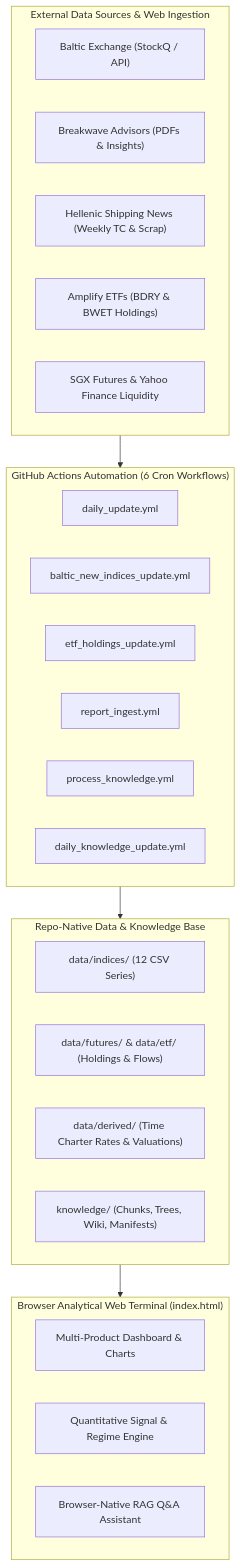
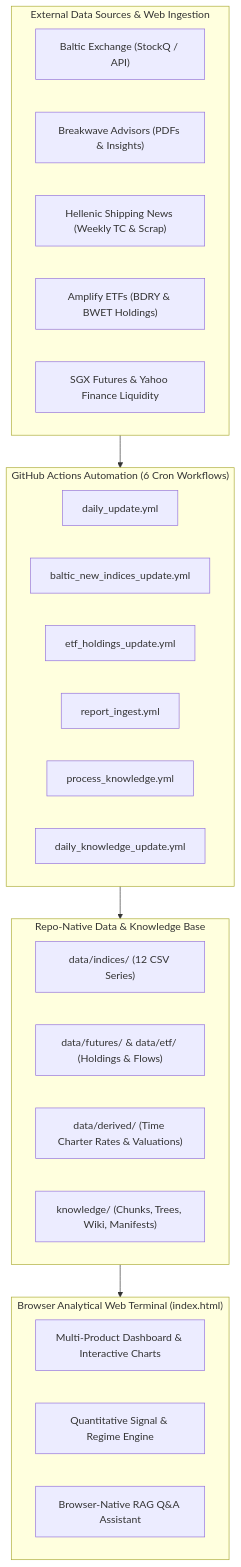
The first of 3 diagrams in README.md (yieldchaser/Shipping), drawn with Mermaid before and after one commit. The commit also changed other lines of this file, not shown here.

````diff
--- a/README.md
+++ b/README.md
@@ -25,36 +25,36 @@
 ```mermaid
 flowchart TD
     subgraph DataSources["External Data Sources & Web Ingestion"]
         S1["Baltic Exchange (StockQ / API)"]
         S2["Breakwave Advisors (PDFs & Insights)"]
         S3["Hellenic Shipping News (Weekly TC & Scrap)"]
         S4["Amplify ETFs (BDRY & BWET Holdings)"]
         S5["SGX Futures & Yahoo Finance Liquidity"]
     end
 
     subgraph ActionsPipeline["GitHub Actions Automation (6 Cron Workflows)"]
         W1["daily_update.yml"]
         W2["baltic_new_indices_update.yml"]
         W3["etf_holdings_update.yml"]
         W4["report_ingest.yml"]
         W5["process_knowledge.yml"]
         W6["daily_knowledge_update.yml"]
     end
 
     subgraph StorageLayer["Repo-Native Data & Knowledge Base"]
         D1["data/indices/ (12 CSV Series)"]
         D2["data/futures/ & data/etf/ (Holdings & Flows)"]
         D3["data/derived/ (Time Charter Rates & Valuations)"]
         D4["knowledge/ (Chunks, Trees, Wiki, Manifests)"]
     end
 
     subgraph ClientApp["Browser Analytical Web Terminal (index.html)"]
-        UI1["Multi-Product Dashboard & Charts"]
+        UI1["Multi-Product Dashboard & Interactive Charts"]
         UI2["Quantitative Signal & Regime Engine"]
         UI3["Browser-Native RAG Q&A Assistant"]
     end
 
     DataSources --> ActionsPipeline
     ActionsPipeline --> StorageLayer
     StorageLayer --> ClientApp
 ```
````
